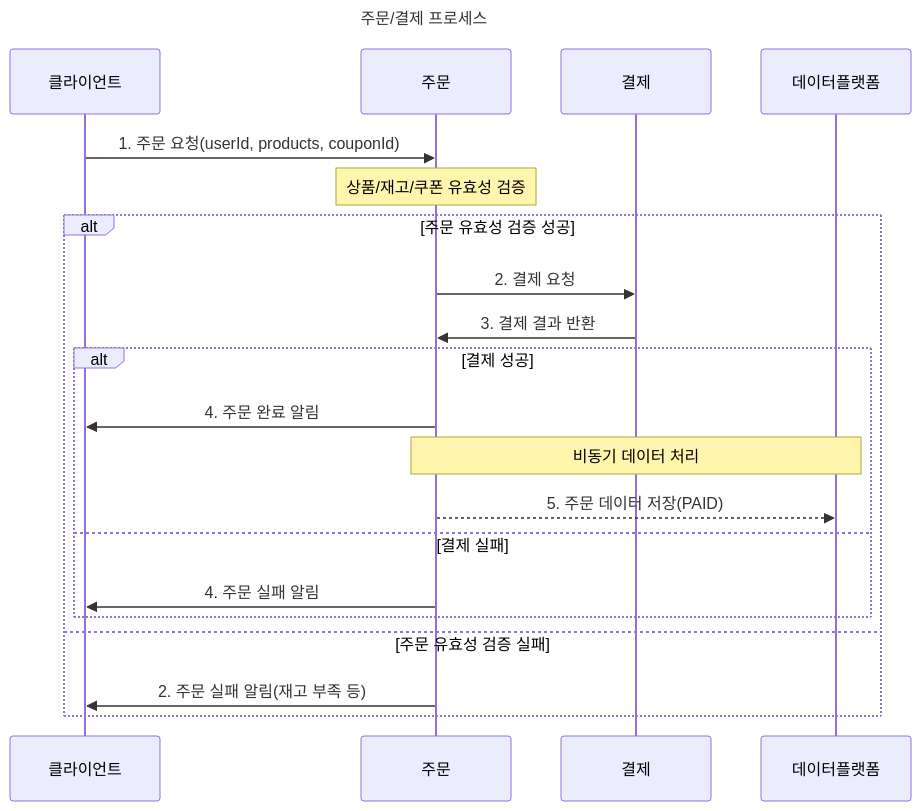
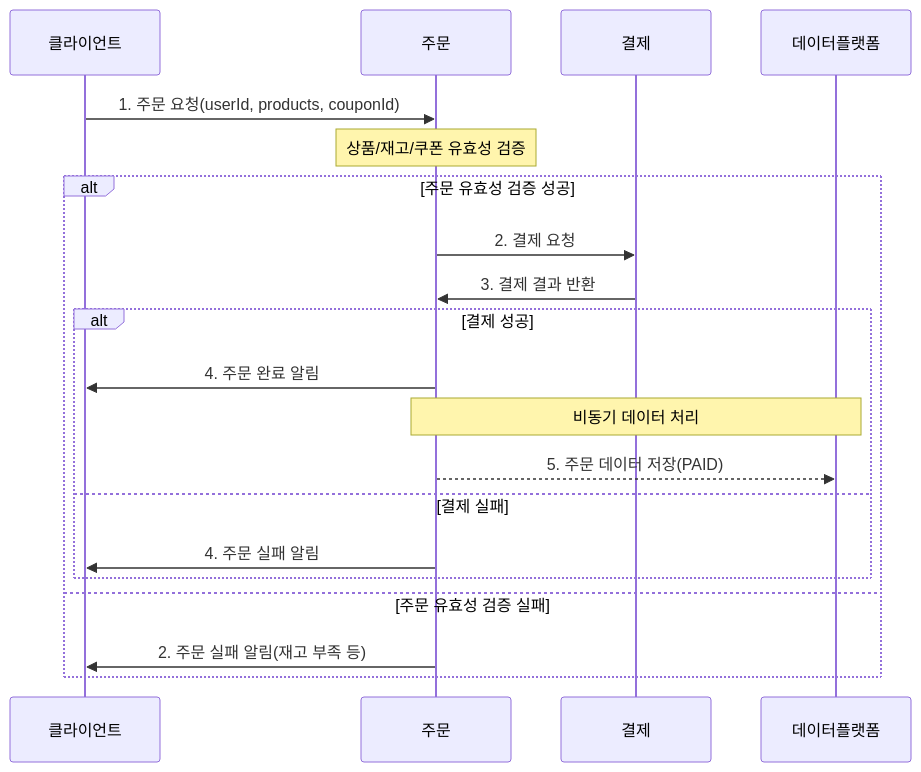
Before and after one commit to ynyejn/lecture-manage-system: the fourth of 11 diagrams in test.md, drawn with Mermaid. The commit also changed other lines of this file, not shown here.

````diff
--- a/test.md
+++ b/test.md
@@ -67,26 +65,25 @@
 ```mermaid
 sequenceDiagram
-    title: 주문/결제 프로세스
     participant Customer as 클라이언트
     participant OrderSystem as 주문
     participant PaymentSystem as 결제
     participant DataSystem as 데이터플랫폼
 
     Customer->>OrderSystem: 1. 주문 요청(userId, products, couponId)
     Note over OrderSystem: 상품/재고/쿠폰 유효성 검증
     
     alt 주문 유효성 검증 성공
         OrderSystem->>PaymentSystem: 2. 결제 요청
         PaymentSystem->>OrderSystem: 3. 결제 결과 반환
         
         alt 결제 성공
             OrderSystem->>Customer: 4. 주문 완료 알림
             Note over OrderSystem,DataSystem: 비동기 데이터 처리
             OrderSystem-->>DataSystem: 5. 주문 데이터 저장(PAID)
         else 결제 실패
             OrderSystem->>Customer: 4. 주문 실패 알림
         end
     else 주문 유효성 검증 실패
         OrderSystem->>Customer: 2. 주문 실패 알림(재고 부족 등)
     end
 ```
````
